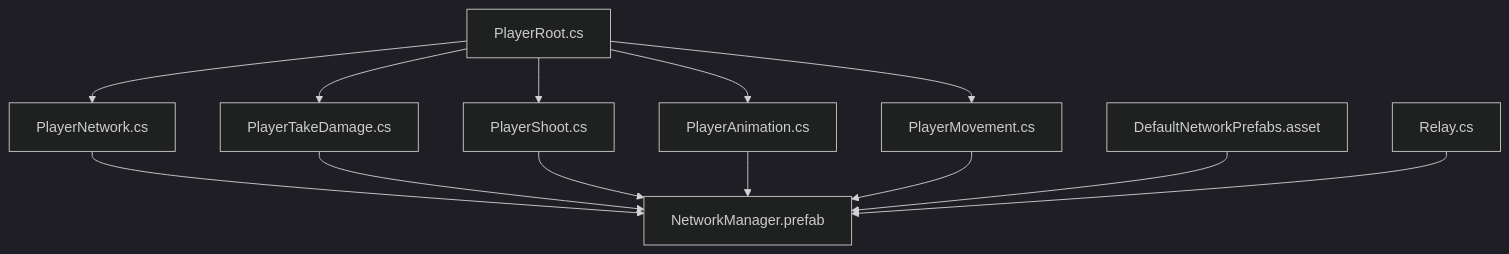
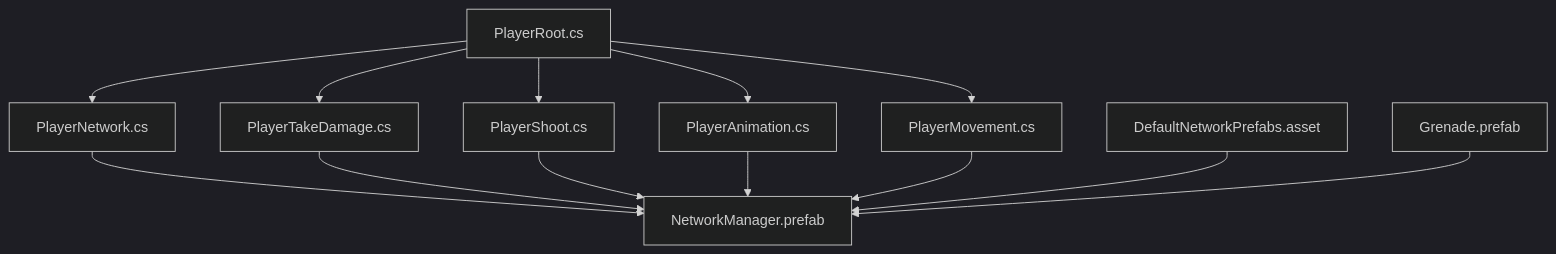
Before and after one commit to kandeng/AI-Controlled-battle-game: the seventh of 7 diagrams in .qoder/repowiki/en/content/Multiplayer System/Networking Architecture/Netcode for GameObjects Integration.md, drawn with Mermaid (dark theme). The commit also changed other lines of this file and 14 other files, not shown here.

````diff
--- a/.qoder/repowiki/en/content/Multiplayer System/Networking Architecture/Netcode for GameObjects Integration.md
+++ b/.qoder/repowiki/en/content/Multiplayer System/Networking Architecture/Netcode for GameObjects Integration.md
@@ -428,24 +442,24 @@
 ```mermaid
 graph TB
 PR["PlayerRoot.cs"]
 PN["PlayerNetwork.cs"]
 PTD["PlayerTakeDamage.cs"]
 PSH["PlayerShoot.cs"]
 PAN["PlayerAnimation.cs"]
 PMV["PlayerMovement.cs"]
 NM["NetworkManager.prefab"]
 DNP["DefaultNetworkPrefabs.asset"]
-RL["Relay.cs"]
+GR["Grenade.prefab"]
 PR --> PN
 PR --> PTD
 PR --> PSH
 PR --> PAN
 PR --> PMV
 PN --> NM
 PTD --> NM
 PSH --> NM
 PAN --> NM
 PMV --> NM
 DNP --> NM
-RL --> NM
+GR --> NM
 ```
````
